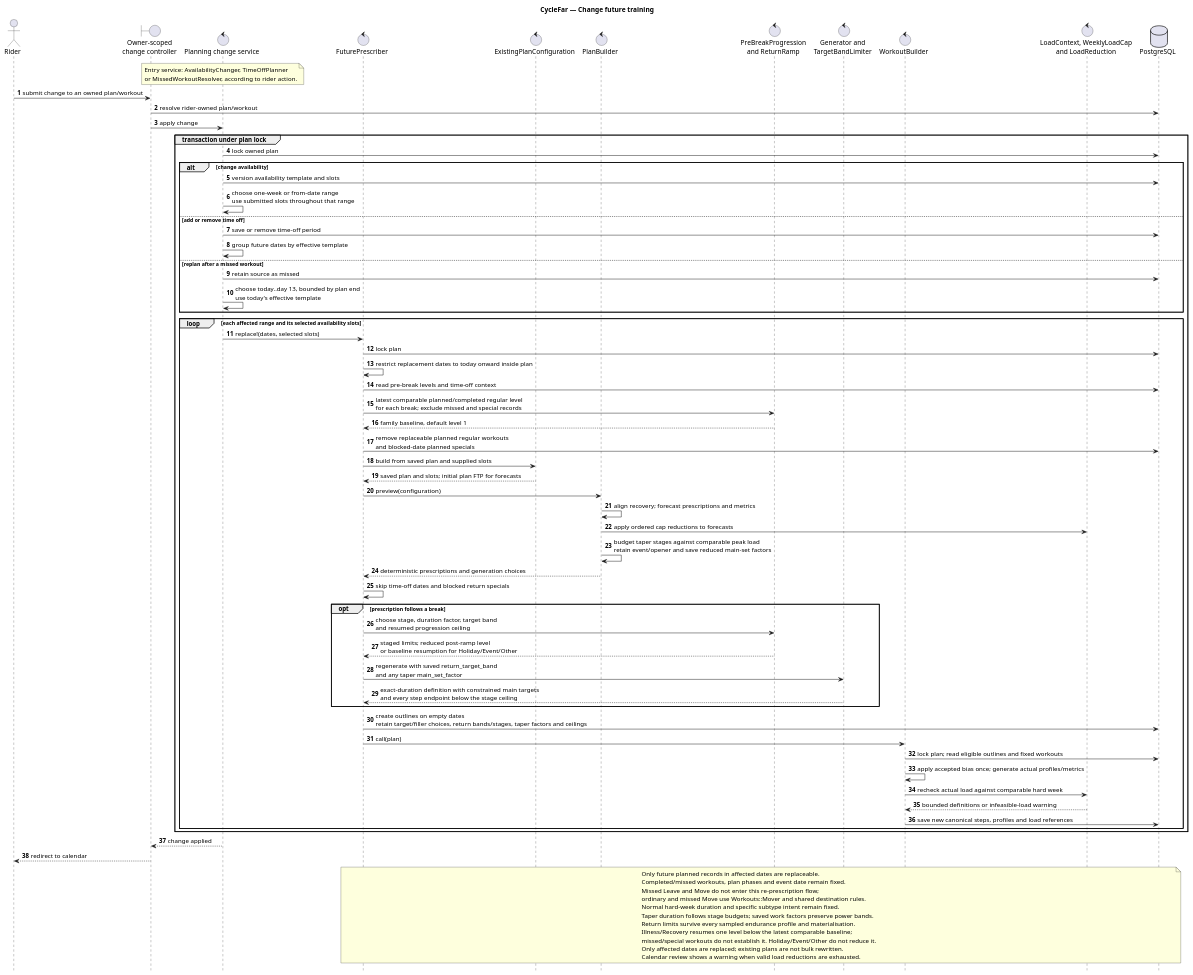
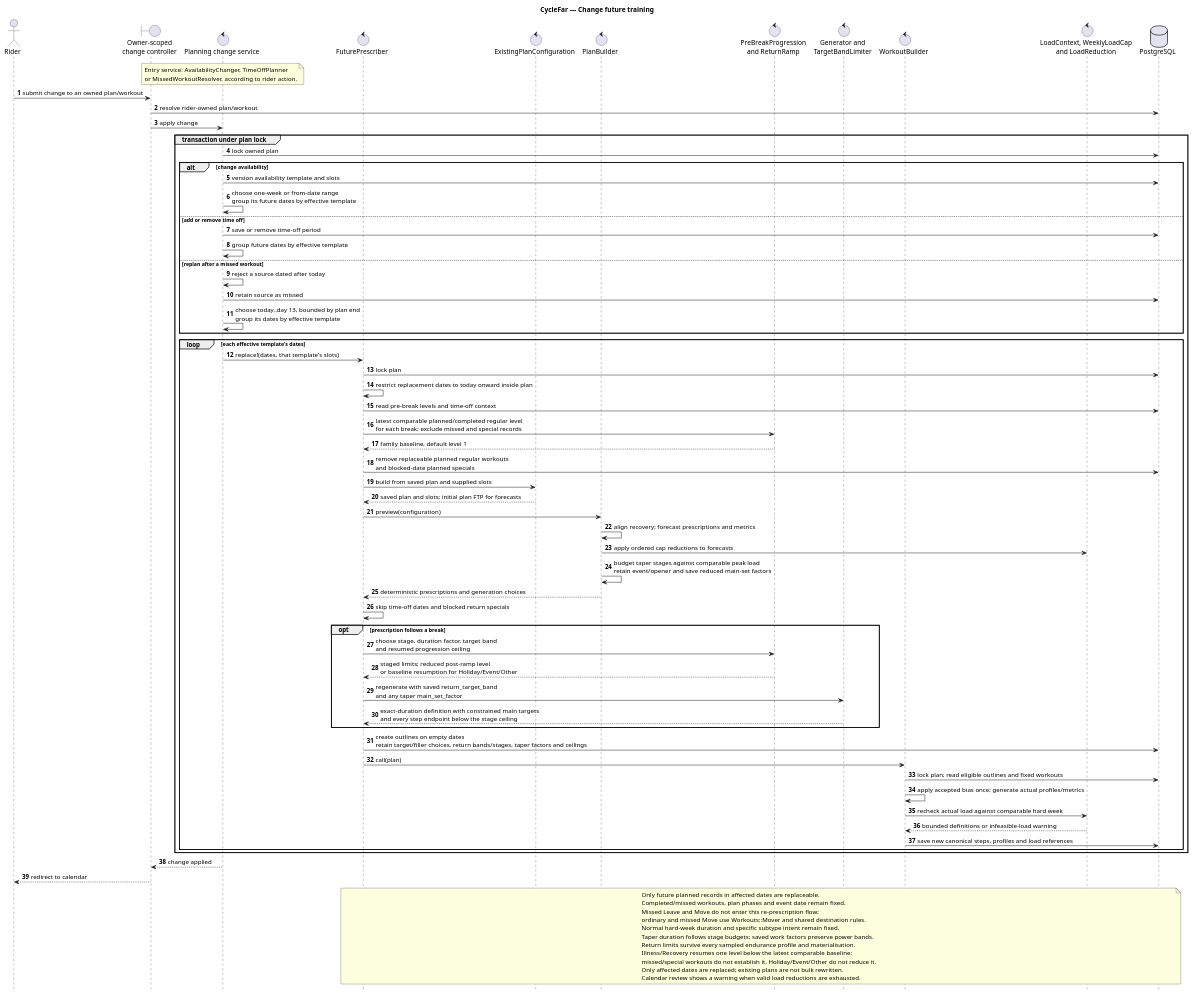
The diagram in docs/diagrams/sequence-cyclefar-future-replanning.puml (richardhartme/cyclefar), drawn with PlantUML before and after one commit. The commit also changed 4 other files, not shown here.

First line of the commit message:
Update diagrams for per-date replans and the missed-date check

```diff
--- a/docs/diagrams/sequence-cyclefar-future-replanning.puml
+++ b/docs/diagrams/sequence-cyclefar-future-replanning.puml
@@ -1,87 +1,88 @@
 @startuml
 title CycleFar — Change future training
 
 autonumber
 hide footbox
 
 actor Rider
 boundary "Owner-scoped\nchange controller" as Controller
 control "Planning change service" as ChangeService
 control "FuturePrescriber" as Prescriber
 control "ExistingPlanConfiguration" as ExistingConfiguration
 control "PlanBuilder" as Builder
 control "PreBreakProgression\nand ReturnRamp" as ReturnRules
 control "Generator and\nTargetBandLimiter" as Generator
 control "WorkoutBuilder" as Materializer
 control "LoadContext, WeeklyLoadCap\nand LoadReduction" as LoadRules
 database "PostgreSQL" as Database
 
 note over ChangeService
   Entry service: AvailabilityChanger, TimeOffPlanner
   or MissedWorkoutResolver, according to rider action.
 end note
 
 Rider -> Controller: submit change to an owned plan/workout
 Controller -> Database: resolve rider-owned plan/workout
 Controller -> ChangeService: apply change
 group transaction under plan lock
   ChangeService -> Database: lock owned plan
   alt change availability
     ChangeService -> Database: version availability template and slots
-    ChangeService -> ChangeService: choose one-week or from-date range\nuse submitted slots throughout that range
+    ChangeService -> ChangeService: choose one-week or from-date range\ngroup its future dates by effective template
   else add or remove time off
     ChangeService -> Database: save or remove time-off period
     ChangeService -> ChangeService: group future dates by effective template
   else replan after a missed workout
+    ChangeService -> ChangeService: reject a source dated after today
     ChangeService -> Database: retain source as missed
-    ChangeService -> ChangeService: choose today..day 13, bounded by plan end\nuse today's effective template
+    ChangeService -> ChangeService: choose today..day 13, bounded by plan end\ngroup its dates by effective template
   end
 
-  loop each affected range and its selected availability slots
-    ChangeService -> Prescriber: replace!(dates, selected slots)
+  loop each effective template's dates
+    ChangeService -> Prescriber: replace!(dates, that template's slots)
     Prescriber -> Database: lock plan
     Prescriber -> Prescriber: restrict replacement dates to today onward inside plan
     Prescriber -> Database: read pre-break levels and time-off context
     Prescriber -> ReturnRules: latest comparable planned/completed regular level\nfor each break; exclude missed and special records
     ReturnRules --> Prescriber: family baseline, default level 1
     Prescriber -> Database: remove replaceable planned regular workouts\nand blocked-date planned specials
     Prescriber -> ExistingConfiguration: build from saved plan and supplied slots
     ExistingConfiguration --> Prescriber: saved plan and slots; initial plan FTP for forecasts
     Prescriber -> Builder: preview(configuration)
     Builder -> Builder: align recovery; forecast prescriptions and metrics
     Builder -> LoadRules: apply ordered cap reductions to forecasts
     Builder -> Builder: budget taper stages against comparable peak load\nretain event/opener and save reduced main-set factors
     Builder --> Prescriber: deterministic prescriptions and generation choices
     Prescriber -> Prescriber: skip time-off dates and blocked return specials
     opt prescription follows a break
       Prescriber -> ReturnRules: choose stage, duration factor, target band\nand resumed progression ceiling
       ReturnRules --> Prescriber: staged limits; reduced post-ramp level\nor baseline resumption for Holiday/Event/Other
       Prescriber -> Generator: regenerate with saved return_target_band\nand any taper main_set_factor
       Generator --> Prescriber: exact-duration definition with constrained main targets\nand every step endpoint below the stage ceiling
     end
     Prescriber -> Database: create outlines on empty dates\nretain target/filler choices, return bands/stages, taper factors and ceilings
     Prescriber -> Materializer: call(plan)
     Materializer -> Database: lock plan; read eligible outlines and fixed workouts
     Materializer -> Materializer: apply accepted bias once; generate actual profiles/metrics
     Materializer -> LoadRules: recheck actual load against comparable hard week
     LoadRules --> Materializer: bounded definitions or infeasible-load warning
     Materializer -> Database: save new canonical steps, profiles and load references
   end
 end
 ChangeService --> Controller: change applied
 Controller --> Rider: redirect to calendar
 
 note over Prescriber, Database
   Only future planned records in affected dates are replaceable.
   Completed/missed workouts, plan phases and event date remain fixed.
   Missed Leave and Move do not enter this re-prescription flow;
   ordinary and missed Move use Workouts::Mover and shared destination rules.
   Normal hard-week duration and specific subtype intent remain fixed.
   Taper duration follows stage budgets; saved work factors preserve power bands.
   Return limits survive every sampled endurance profile and materialisation.
   Illness/Recovery resumes one level below the latest comparable baseline;
   missed/special workouts do not establish it. Holiday/Event/Other do not reduce it.
   Only affected dates are replaced; existing plans are not bulk rewritten.
   Calendar review shows a warning when valid load reductions are exhausted.
 end note
 @enduml
```
